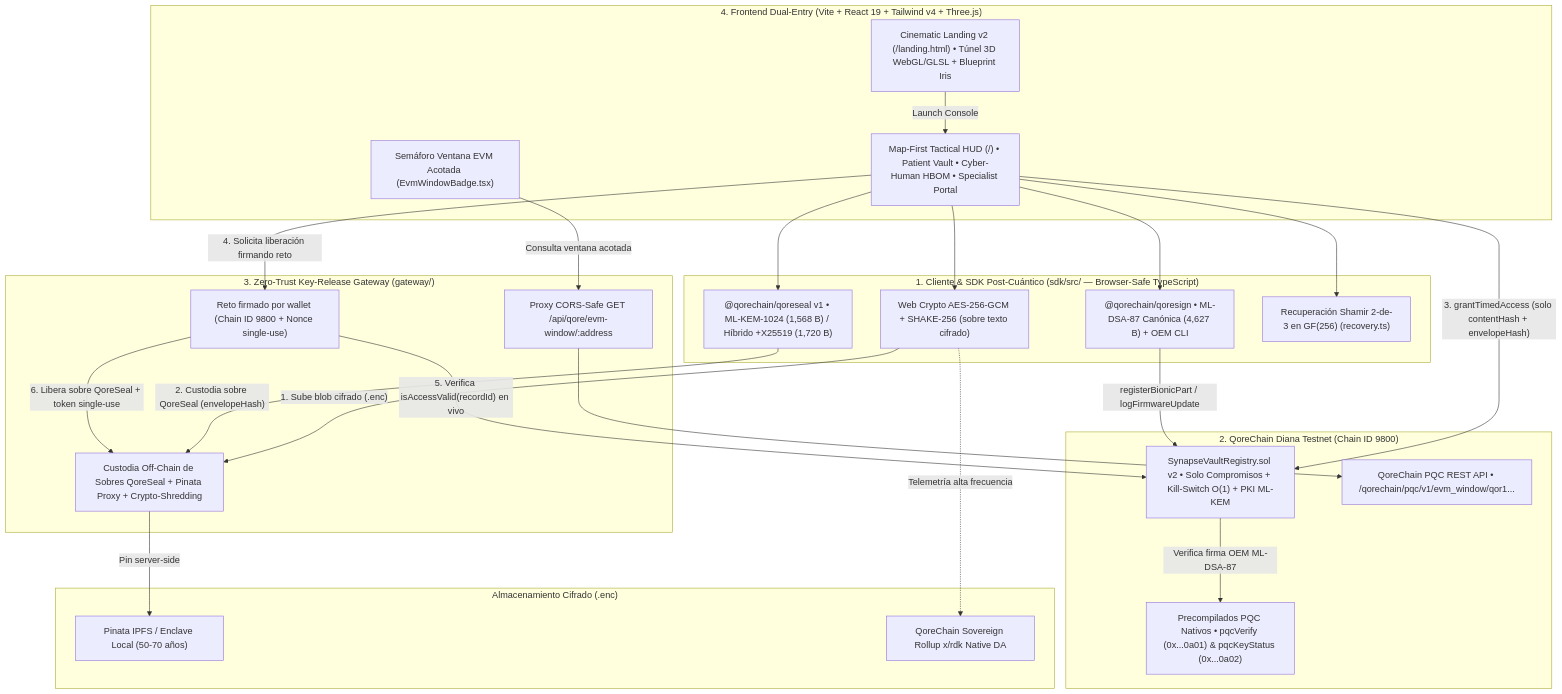
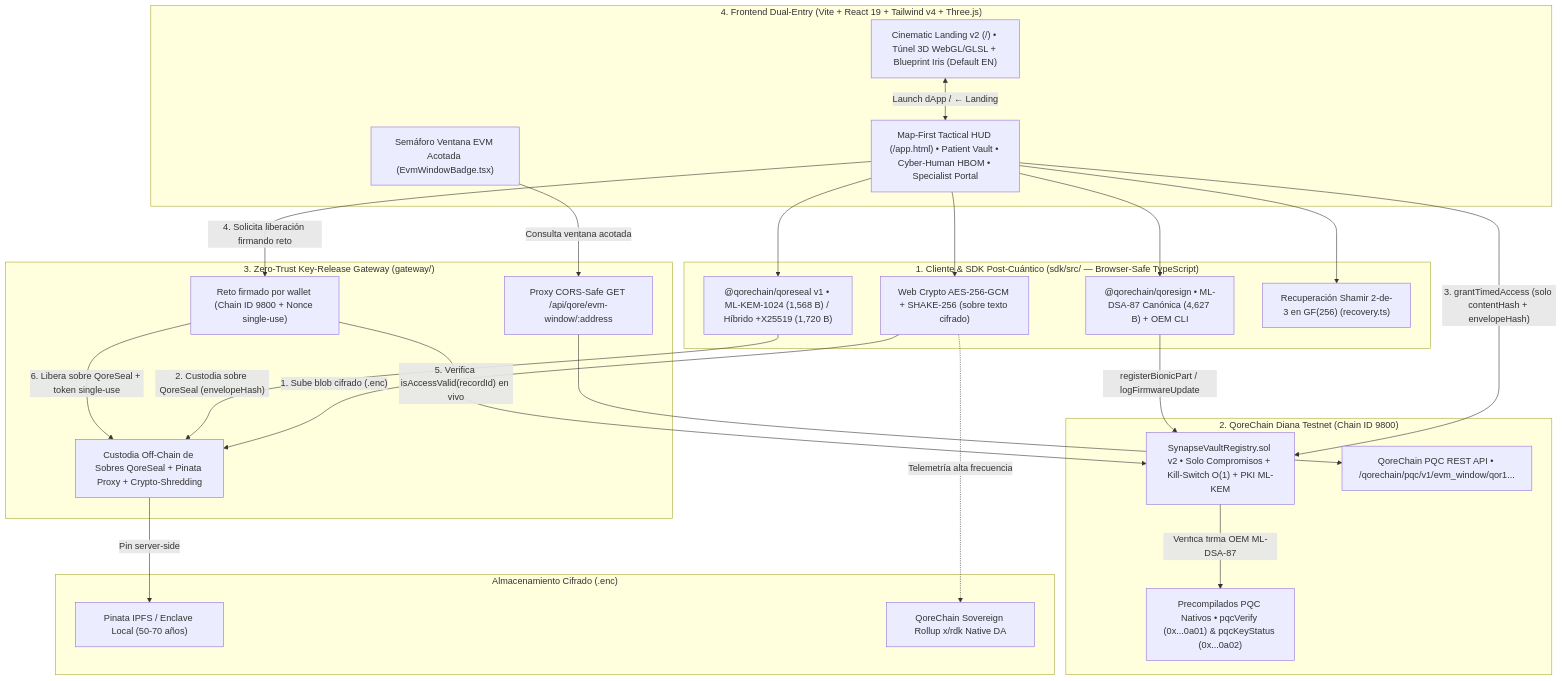
One commit to Oriojas/SynapseQ changed the first of 3 diagrams in README.md. Above: the diagram before and after it, drawn with Mermaid. The commit also changed other lines of this file and 9 other files, not shown here.

Commit message:
feat(frontend): set English Cinematic Landing as default route (/) and add return button in dApp (/app.html)

````diff
--- a/README.md
+++ b/README.md
@@ -39,47 +39,47 @@
 ```mermaid
 flowchart TB
     subgraph UI["4. Frontend Dual-Entry (Vite + React 19 + Tailwind v4 + Three.js)"]
-        LAND["Cinematic Landing v2 (/landing.html) • Túnel 3D WebGL/GLSL + Blueprint Iris"]
-        HUD["Map-First Tactical HUD (/) • Patient Vault • Cyber-Human HBOM • Specialist Portal"]
+        LAND["Cinematic Landing v2 (/) • Túnel 3D WebGL/GLSL + Blueprint Iris (Default EN)"]
+        HUD["Map-First Tactical HUD (/app.html) • Patient Vault • Cyber-Human HBOM • Specialist Portal"]
         BADGE["Semáforo Ventana EVM Acotada (EvmWindowBadge.tsx)"]
-        LAND -->|"Launch Console"| HUD
+        LAND <-->|"Launch dApp / ← Landing"| HUD
     end
 
     subgraph SDK["1. Cliente & SDK Post-Cuántico (sdk/src/ — Browser-Safe TypeScript)"]
         SEAL["@qorechain/qoreseal v1 • ML-KEM-1024 (1,568 B) / Híbrido +X25519 (1,720 B)"]
         AES["Web Crypto AES-256-GCM + SHAKE-256 (sobre texto cifrado)"]
         SIGN["@qorechain/qoresign • ML-DSA-87 Canónica (4,627 B) + OEM CLI"]
         SHAMIR["Recuperación Shamir 2-de-3 en GF(256) (recovery.ts)"]
     end
 
     subgraph GW["3. Zero-Trust Key-Release Gateway (gateway/)"]
         AUTH["Reto firmado por wallet (Chain ID 9800 + Nonce single-use)"]
         STORE["Custodia Off-Chain de Sobres QoreSeal + Pinata Proxy + Crypto-Shredding"]
         EVMPROXY["Proxy CORS-Safe GET /api/qore/evm-window/:address"]
     end
 
     subgraph QORE["2. QoreChain Diana Testnet (Chain ID 9800)"]
         CONTRACT["SynapseVaultRegistry.sol v2 • Solo Compromisos + Kill-Switch O(1) + PKI ML-KEM"]
         PRECOMP["Precompilados PQC Nativos • pqcVerify (0x...0a01) & pqcKeyStatus (0x...0a02)"]
         REST["QoreChain PQC REST API • /qorechain/pqc/v1/evm_window/qor1..."]
         CONTRACT -->|"Verifica firma OEM ML-DSA-87"| PRECOMP
     end
 
     subgraph DA["Almacenamiento Cifrado (.enc)"]
         IPFS["Pinata IPFS / Enclave Local (50-70 años)"]
         RDK["QoreChain Sovereign Rollup x/rdk Native DA"]
     end
 
     HUD --> SEAL & AES & SIGN & SHAMIR
     BADGE -->|"Consulta ventana acotada"| EVMPROXY
     EVMPROXY --> REST
     AES -->|"1. Sube blob cifrado (.enc)"| STORE
     STORE -->|"Pin server-side"| IPFS
     AES -.->|"Telemetría alta frecuencia"| RDK
     SEAL -->|"2. Custodia sobre QoreSeal (envelopeHash)"| STORE
     HUD -->|"3. grantTimedAccess (solo contentHash + envelopeHash)"| CONTRACT
     SIGN -->|"registerBionicPart / logFirmwareUpdate"| CONTRACT
     HUD -->|"4. Solicita liberación firmando reto"| AUTH
     AUTH -->|"5. Verifica isAccessValid(recordId) en vivo"| CONTRACT
     AUTH -->|"6. Libera sobre QoreSeal + token single-use"| STORE
 ```
````
